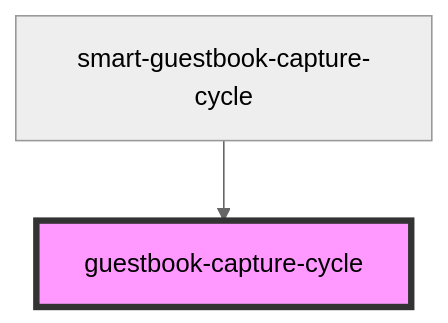
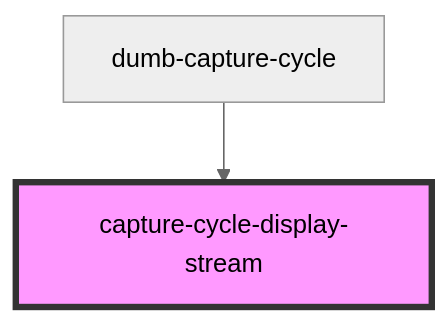
One commit to robMolloy/guestbook changed the diagram in src/components/capture-cycle/capture-cycle-display-stream/readme.md. Above: the diagram before and after it, drawn with Mermaid (neutral theme). The commit also changed other lines of this file and 39 other files, not shown here.

````diff
--- a/src/components/capture-cycle/capture-cycle-display-stream/readme.md
+++ b/src/components/capture-cycle/capture-cycle-display-stream/readme.md
@@ -78,5 +51,5 @@
 ```mermaid
 graph TD;
-  smart-guestbook-capture-cycle --> guestbook-capture-cycle
-  style guestbook-capture-cycle fill:#f9f,stroke:#333,stroke-width:4px
+  dumb-capture-cycle --> capture-cycle-display-stream
+  style capture-cycle-display-stream fill:#f9f,stroke:#333,stroke-width:4px
 ```
````
